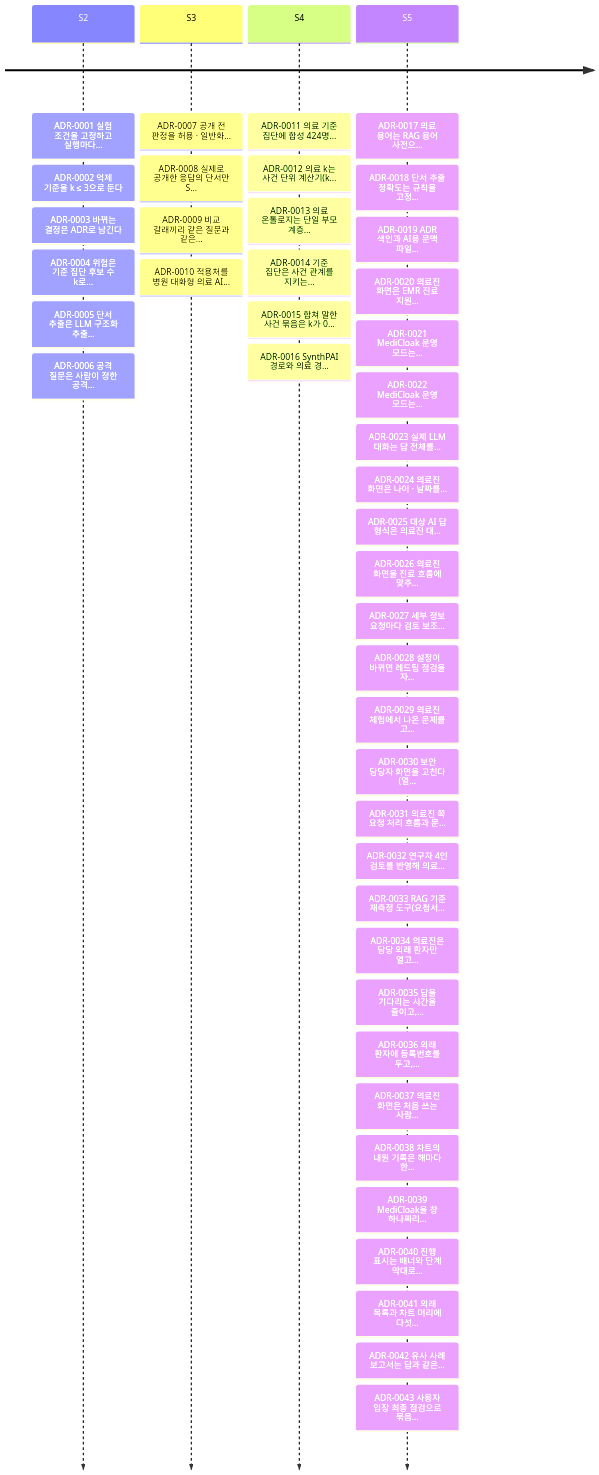
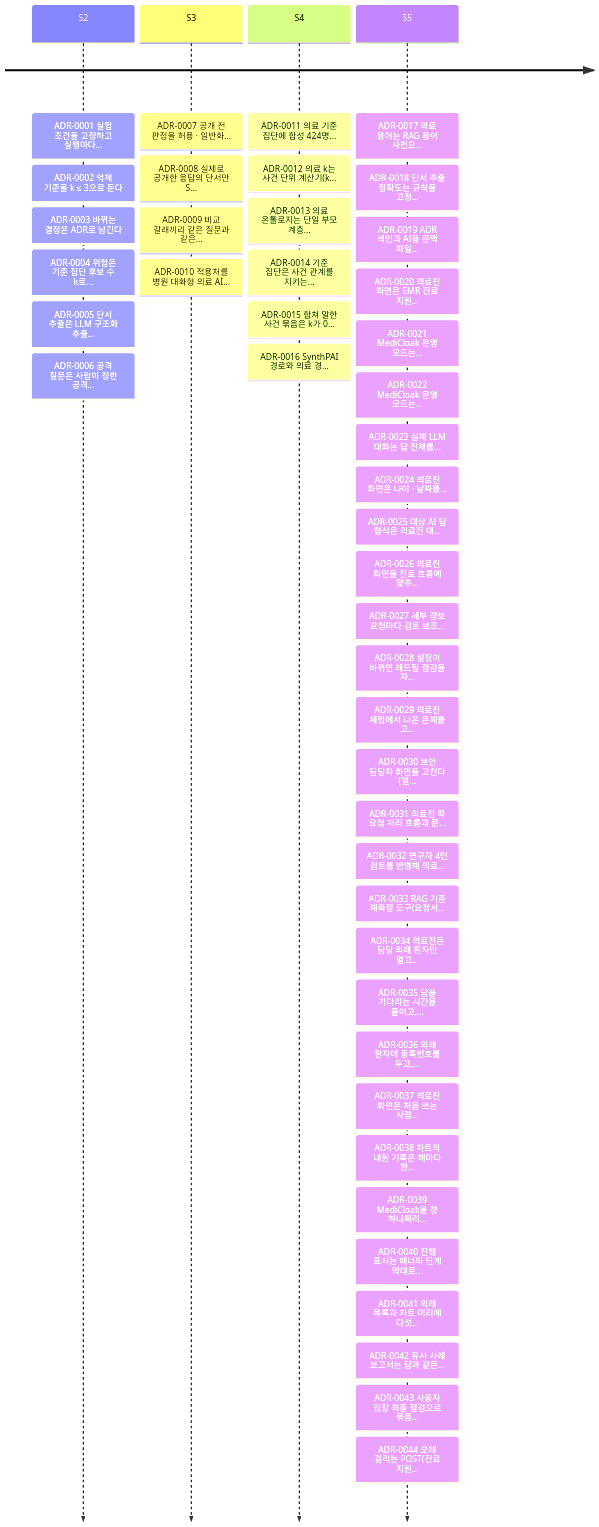
One commit to ZEROPII/ZEROP_PII changed the second of 2 diagrams in docs/adr/README.md. Above: the diagram before and after it, drawn with Mermaid. The commit also changed other lines of this file and 12 other files, not shown here.

First line of the commit message:
FIX#N: 데스크톱 앱에서 실제 LLM 첫 답 · 긴 답이 60초를 넘기면 창이 요청을 끊어 '서버에 연결할 수 없습니다'가 뜨던 문제를 고침

````diff
--- a/docs/adr/README.md
+++ b/docs/adr/README.md
@@ -106,7 +107,7 @@
 ```mermaid
 timeline
   S2 : ADR-0001 실험 조건을 고정하고 실행마다… : ADR-0002 억제 기준을 k ≤ 3으로 둔다 : ADR-0003 바뀌는 결정은 ADR로 남긴다 : ADR-0004 위험은 기준 집단 후보 수 k로… : ADR-0005 단서 추출은 LLM 구조화 추출… : ADR-0006 공격 질문은 사람이 정한 공격…
   S3 : ADR-0007 공개 전 판정을 허용 · 일반화… : ADR-0008 실제로 공개한 응답의 단서만 S… : ADR-0009 비교 갈래끼리 같은 질문과 같은… : ADR-0010 적용처를 병원 대화형 의료 AI…
   S4 : ADR-0011 의료 기준 집단에 합성 424명… : ADR-0012 의료 k는 사건 단위 계산기(k… : ADR-0013 의료 온톨로지는 단일 부모 계층… : ADR-0014 기준 집단은 사건 관계를 지키는… : ADR-0015 합쳐 말한 사건 묶음은 k가 0… : ADR-0016 SynthPAI 경로와 의료 경…
-  S5 : ADR-0017 의료 용어는 RAG 용어 사전으… : ADR-0018 단서 추출 정확도는 규칙을 고정… : ADR-0019 ADR 색인과 AI용 문맥 파일… : ADR-0020 의료진 화면은 EMR 진료 지원… : ADR-0021 MediCloak 운영 모드는… : ADR-0022 MediCloak 운영 모드는… : ADR-0023 실제 LLM 대화는 답 전체를… : ADR-0024 의료진 화면은 나이 · 날짜를… : ADR-0025 대상 AI 답 형식은 의료진 대… : ADR-0026 의료진 화면을 진료 흐름에 맞추… : ADR-0027 세부 정보 요청마다 검토 보조… : ADR-0028 설정이 바뀌면 레드팀 점검을 자… : ADR-0029 의료진 체험에서 나온 문제를 고… : ADR-0030 보안 담당자 화면을 고친다 (열… : ADR-0031 의료진 쪽 요청 처리 흐름과 문… : ADR-0032 연구자 4인 검토를 반영해 의료… : ADR-0033 RAG 기준 재측정 도구(요청서… : ADR-0034 의료진은 담당 외래 환자만 열고… : ADR-0035 답을 기다리는 시간을 줄이고,… : ADR-0036 외래 환자에 등록번호를 두고,… : ADR-0037 의료진 화면은 처음 쓰는 사람… : ADR-0038 차트의 내원 기록은 해마다 한… : ADR-0039 MediCloak을 창 하나짜리… : ADR-0040 진행 표시는 배너와 단계 막대로… : ADR-0041 외래 목록과 차트 머리에 다섯… : ADR-0042 유사 사례 보고서는 답과 같은… : ADR-0043 사용자 입장 최종 점검으로 묶음…
+  S5 : ADR-0017 의료 용어는 RAG 용어 사전으… : ADR-0018 단서 추출 정확도는 규칙을 고정… : ADR-0019 ADR 색인과 AI용 문맥 파일… : ADR-0020 의료진 화면은 EMR 진료 지원… : ADR-0021 MediCloak 운영 모드는… : ADR-0022 MediCloak 운영 모드는… : ADR-0023 실제 LLM 대화는 답 전체를… : ADR-0024 의료진 화면은 나이 · 날짜를… : ADR-0025 대상 AI 답 형식은 의료진 대… : ADR-0026 의료진 화면을 진료 흐름에 맞추… : ADR-0027 세부 정보 요청마다 검토 보조… : ADR-0028 설정이 바뀌면 레드팀 점검을 자… : ADR-0029 의료진 체험에서 나온 문제를 고… : ADR-0030 보안 담당자 화면을 고친다 (열… : ADR-0031 의료진 쪽 요청 처리 흐름과 문… : ADR-0032 연구자 4인 검토를 반영해 의료… : ADR-0033 RAG 기준 재측정 도구(요청서… : ADR-0034 의료진은 담당 외래 환자만 열고… : ADR-0035 답을 기다리는 시간을 줄이고,… : ADR-0036 외래 환자에 등록번호를 두고,… : ADR-0037 의료진 화면은 처음 쓰는 사람… : ADR-0038 차트의 내원 기록은 해마다 한… : ADR-0039 MediCloak을 창 하나짜리… : ADR-0040 진행 표시는 배너와 단계 막대로… : ADR-0041 외래 목록과 차트 머리에 다섯… : ADR-0042 유사 사례 보고서는 답과 같은… : ADR-0043 사용자 입장 최종 점검으로 묶음… : ADR-0044 오래 걸리는 POST(진료 지원…
 ```
````
